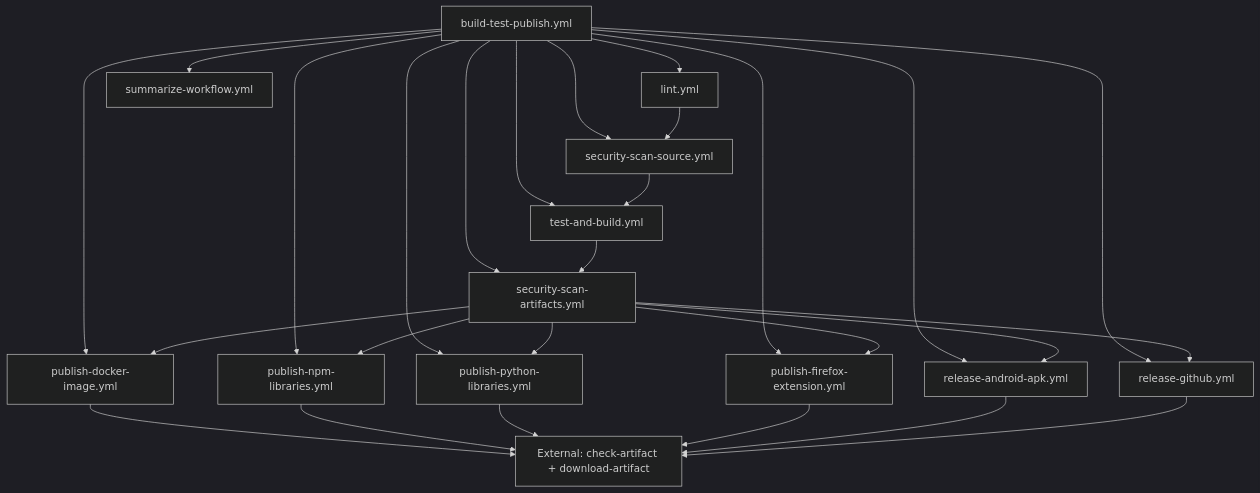
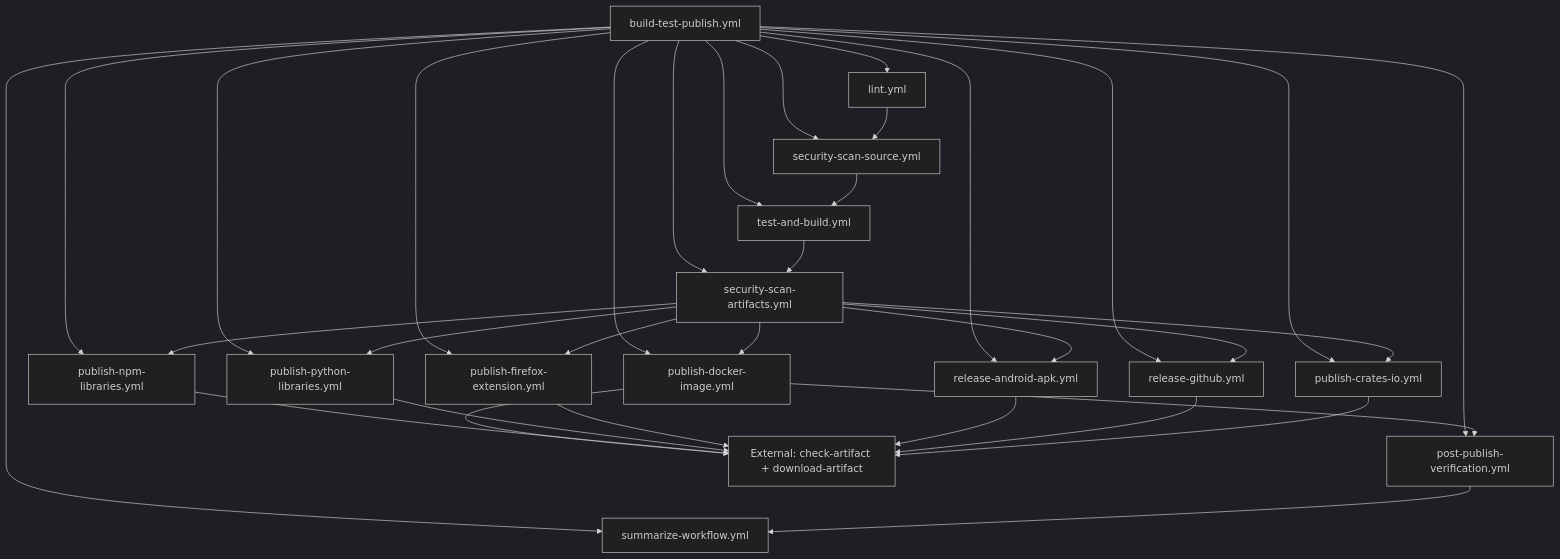
The diagram in README.md (tehw0lf/workflows), drawn with Mermaid (dark theme) before and after one commit. The commit also changed other lines of this file and 5 other files, not shown here.

First line of the commit message:
feat: add post-publish Docker image verification workflow

````diff
--- a/README.md
+++ b/README.md
@@ -644,31 +665,37 @@
 ```mermaid
 graph TD
     A[build-test-publish.yml] --> L[lint.yml]
     A --> M[security-scan-source.yml]
     A --> B[test-and-build.yml]
     A --> N[security-scan-artifacts.yml]
     A --> C[publish-docker-image.yml]
     A --> D[publish-npm-libraries.yml]
     A --> E[publish-python-libraries.yml]
     A --> F[publish-firefox-extension.yml]
     A --> G[release-android-apk.yml]
     A --> H[release-github.yml]
+    A --> K[publish-crates-io.yml]
+    A --> O[post-publish-verification.yml]
     A --> J[summarize-workflow.yml]
 
     L --> M
     M --> B
     B --> N
     N --> C
     N --> D
     N --> E
     N --> F
     N --> G
     N --> H
+    N --> K
+    C --> O
+    O --> J
 
     C --> I[External: check-artifact + download-artifact]
     D --> I
     E --> I
     F --> I
     G --> I
     H --> I
+    K --> I
 ```
````
